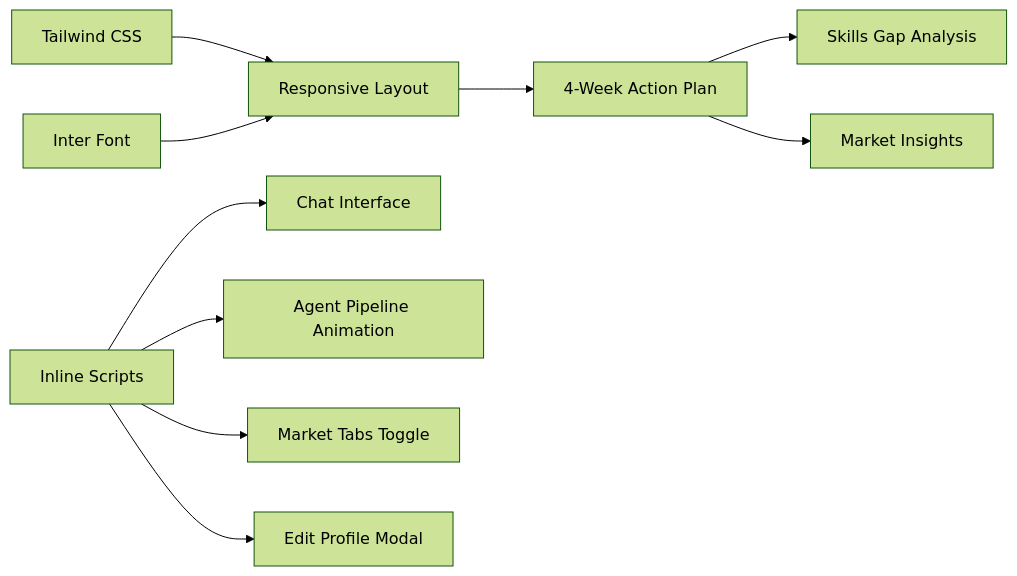
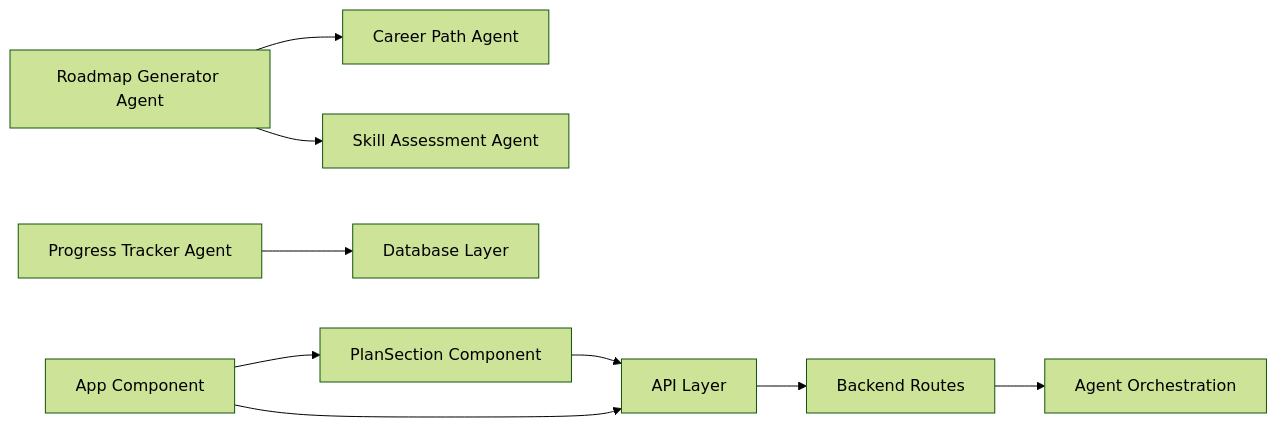
Before and after one commit to Alishba-Moin/CareerCompass: the fourth of 4 diagrams in .qoder/repowiki/en/content/Core Features/Action Planning System.md, drawn with Mermaid (forest theme). The commit also changed other lines of this file and 38 other files, not shown here.

Commit message:
Add Roadmap pdf download option

````diff
--- a/.qoder/repowiki/en/content/Core Features/Action Planning System.md
+++ b/.qoder/repowiki/en/content/Core Features/Action Planning System.md
@@ -209,12 +242,11 @@
 ```mermaid
 graph LR
-T["Tailwind CSS"] --> UI["Responsive Layout"]
-F["Inter Font"] --> UI
-JS["Inline Scripts"] --> Chat["Chat Interface"]
-JS --> Pipeline["Agent Pipeline Animation"]
-JS --> Tabs["Market Tabs Toggle"]
-JS --> Modal["Edit Profile Modal"]
-UI --> Plan["4-Week Action Plan"]
-Plan --> Skills["Skills Gap Analysis"]
-Plan --> Market["Market Insights"]
+A["Roadmap Generator Agent"] --> B["Career Path Agent"]
+A --> C["Skill Assessment Agent"]
+D["Progress Tracker Agent"] --> E["Database Layer"]
+F["PlanSection Component"] --> G["API Layer"]
+G --> H["Backend Routes"]
+H --> I["Agent Orchestration"]
+J["App Component"] --> F
+J --> G
 ```
````
